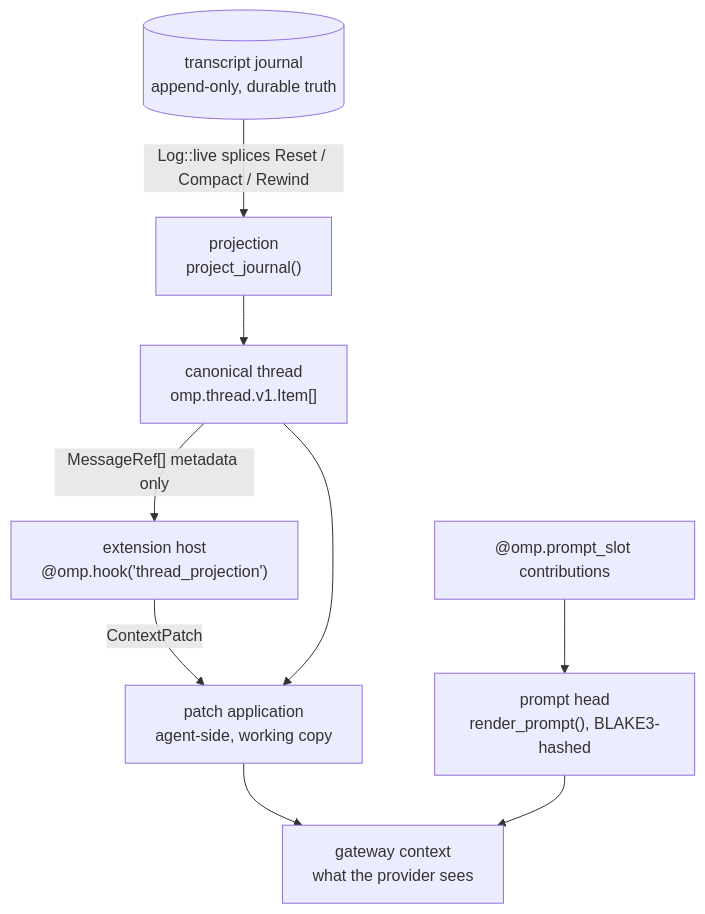
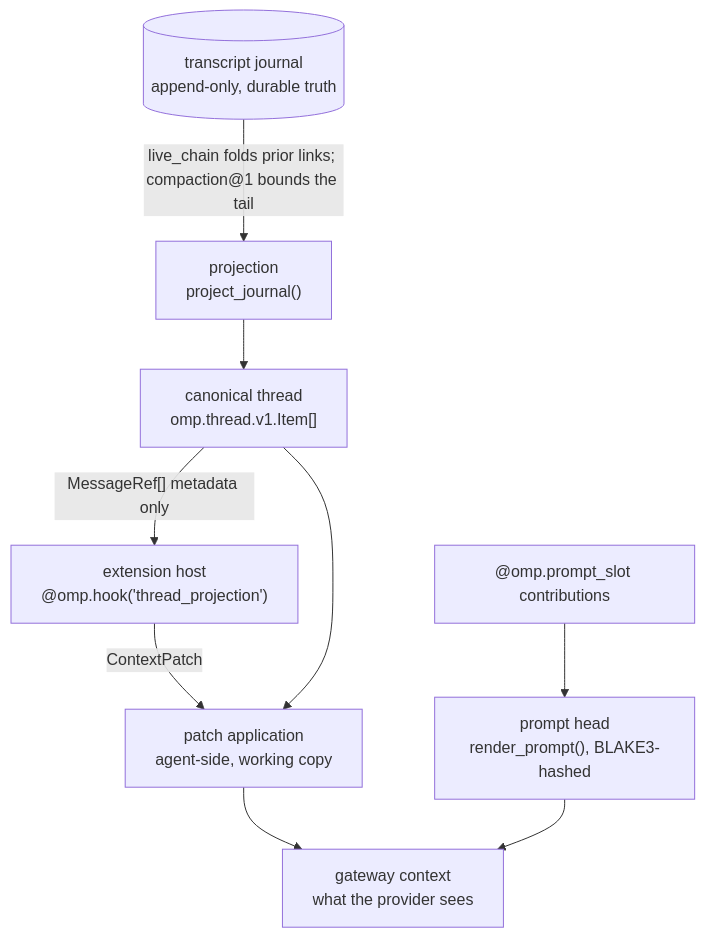
The first of 2 diagrams in docs/py/08-context.md (can1357/oh-my-pi), drawn with Mermaid before and after one commit. The commit also changed other lines of this file and 9 other files, not shown here.

````diff
--- a/docs/py/08-context.md
+++ b/docs/py/08-context.md
@@ -31,12 +31,12 @@
 ```mermaid
 flowchart TB
     J[("transcript journal<br/>append-only, durable truth")]
-    J -->|Log::live splices Reset / Compact / Rewind| P["projection<br/>project_journal()"]
+    J -->|"live_chain folds prior links; compaction@1 bounds the tail"| P["projection<br/>project_journal()"]
     P --> T["canonical thread<br/>omp.thread.v1.Item[]"]
     T -->|"MessageRef[] metadata only"| H["extension host<br/>@omp.hook('thread_projection')"]
     H -->|ContextPatch| A["patch application<br/>agent-side, working copy"]
     T --> A
     A --> G["gateway context<br/>what the provider sees"]
     S["@omp.prompt_slot contributions"] --> PH["prompt head<br/>render_prompt(), BLAKE3-hashed"]
     PH --> G
 ```
````
